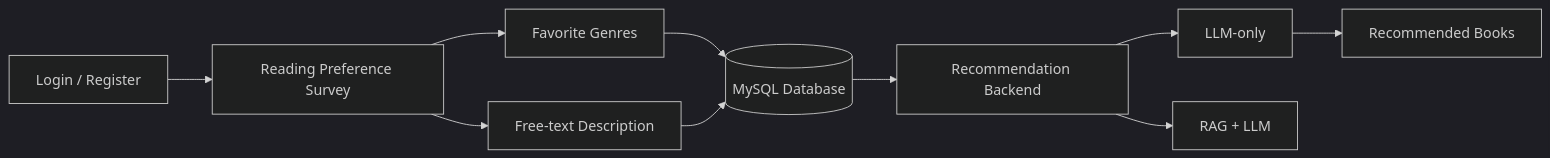
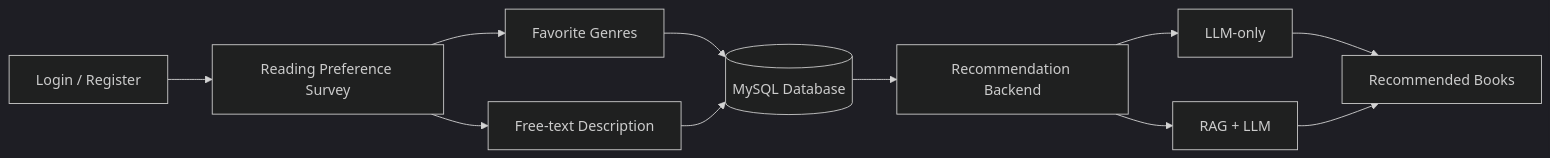
One commit to Fuyuki0312/Reading-app-Lunaria changed the first of 2 diagrams in README.md. Above: the diagram before and after it, drawn with Mermaid (dark theme). The commit also changed other lines of this file, not shown here.

````diff
--- a/README.md
+++ b/README.md
@@ -62,17 +62,18 @@
 ```mermaid
 flowchart LR
 
 A[Login / Register] --> B[Reading Preference Survey]
 
 B --> C[Favorite Genres]
 B --> D[Free-text Description]
 
 C --> E[(MySQL Database)]
 D --> E
 
 E --> F[Recommendation Backend]
 F --> G[LLM-only]
 F --> H[RAG + LLM]
 
 G --> I[Recommended Books]
+H --> I
 ```
````
